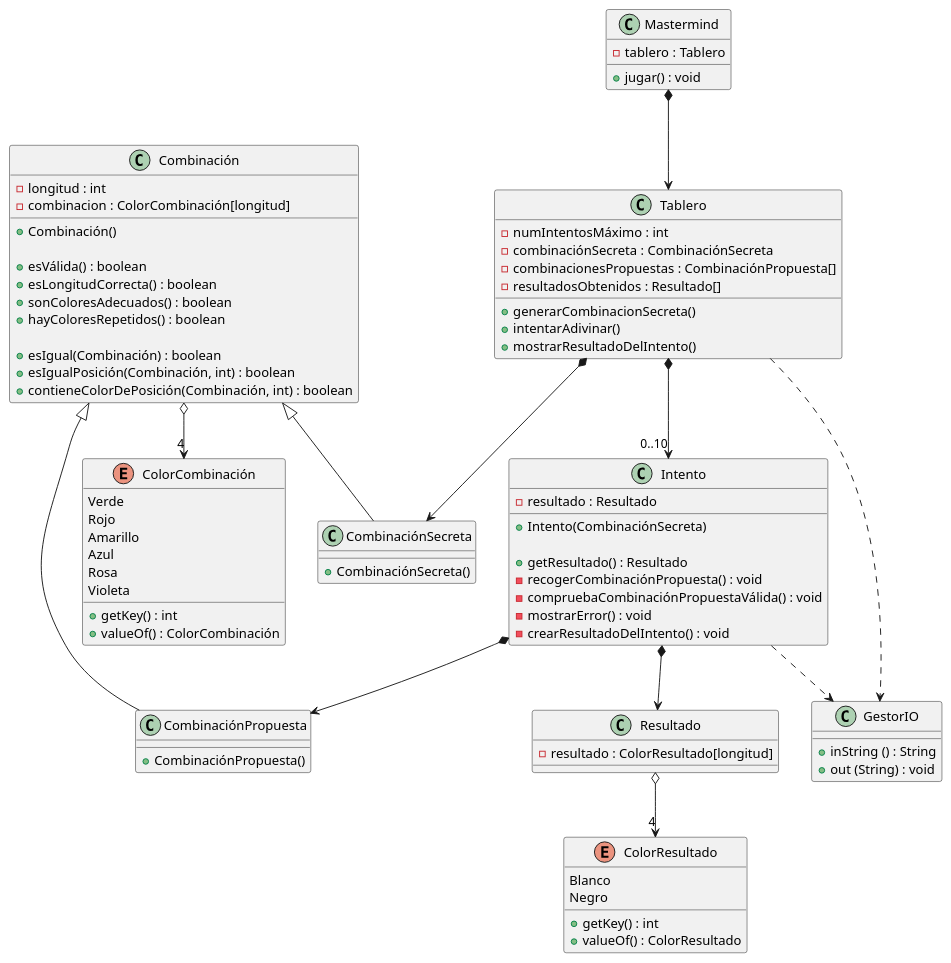
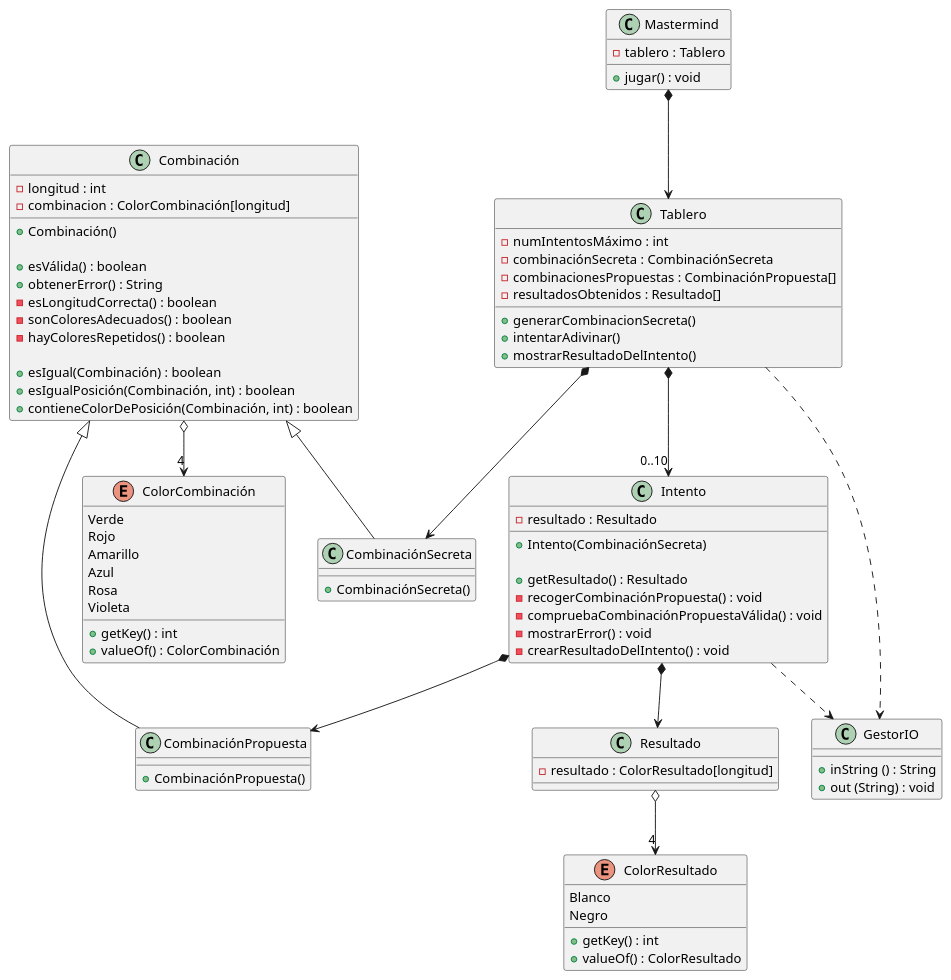
Before and after one commit to Master-Desarrollo-20-21/ejercicio-2-vista-publica-clases-mastermind-JoaquinRamos: the diagram in MastermindVistaPublica.puml, drawn with PlantUML.

Commit message:
Cambios en Combinación

```diff
--- a/MastermindVistaPublica.puml
+++ b/MastermindVistaPublica.puml
@@ -2,109 +2,110 @@
 @startuml name Mastermind_JoaquinRamos_VistaPublica
 
 'Clases
 
 class Mastermind {
     - tablero : Tablero
     + jugar() : void
 }
 
 class Tablero {
     -numIntentosMáximo : int
     - combinaciónSecreta : CombinaciónSecreta
     - combinacionesPropuestas : CombinaciónPropuesta[]
     - resultadosObtenidos : Resultado[]
 
     + generarCombinacionSecreta()
     +intentarAdivinar()
     +mostrarResultadoDelIntento()
 }
 
 class Intento{
     - resultado : Resultado
 
     + Intento(CombinaciónSecreta)
 
     +getResultado() : Resultado
     - recogerCombinaciónPropuesta() : void
     - compruebaCombinaciónPropuestaVálida() : void
     - mostrarError() : void
     - crearResultadoDelIntento() : void
 
 }
 
 class Resultado{
     - resultado : ColorResultado[longitud]
 }
 
 class GestorIO{
     + inString () : String    
     + out (String) : void
 }
 
 class Combinación {
     -longitud : int    
     - combinacion : ColorCombinación[longitud]
     + Combinación()
 
     'Comprobaciones de la Valided de su existencia
     + esVálida() : boolean
-    + esLongitudCorrecta() : boolean
-    + sonColoresAdecuados() : boolean
-    + hayColoresRepetidos() : boolean
+    + obtenerError() : String
+    - esLongitudCorrecta() : boolean
+    - sonColoresAdecuados() : boolean
+    - hayColoresRepetidos() : boolean
 
     'Comparación con otra Combinacion, o con una posición de esta o si un color sí vale
     + esIgual(Combinación) : boolean
     + esIgualPosición(Combinación, int) : boolean
     + contieneColorDePosición(Combinación, int) : boolean
 }
 
 class CombinaciónSecreta {
     + CombinaciónSecreta()
 }
 
 class CombinaciónPropuesta {
     + CombinaciónPropuesta()
 }
 
 
 'Enumerados
 Enum ColorCombinación{
     Verde
     Rojo
     Amarillo
     Azul
     Rosa
     Violeta
     + getKey() : int
     + valueOf() : ColorCombinación
 }
 
 Enum ColorResultado{
     Blanco
     Negro
     + getKey() : int
     + valueOf() : ColorResultado
 }
 
 
 'Relaciones
 
 Mastermind *-down-> Tablero
 
 
 Tablero *--> CombinaciónSecreta
 Tablero *-->  "0..10" Intento
 Tablero .down.> GestorIO
 
 CombinaciónSecreta-up-|> Combinación 
 CombinaciónPropuesta -up-|> Combinación 
 
 Combinación o-down-> "4" ColorCombinación
 
 Intento *--> CombinaciónPropuesta
 Intento *-down-> Resultado
 Intento .down.> GestorIO
 
 Resultado o-down-> "4" ColorResultado
 
 @enduml
```
